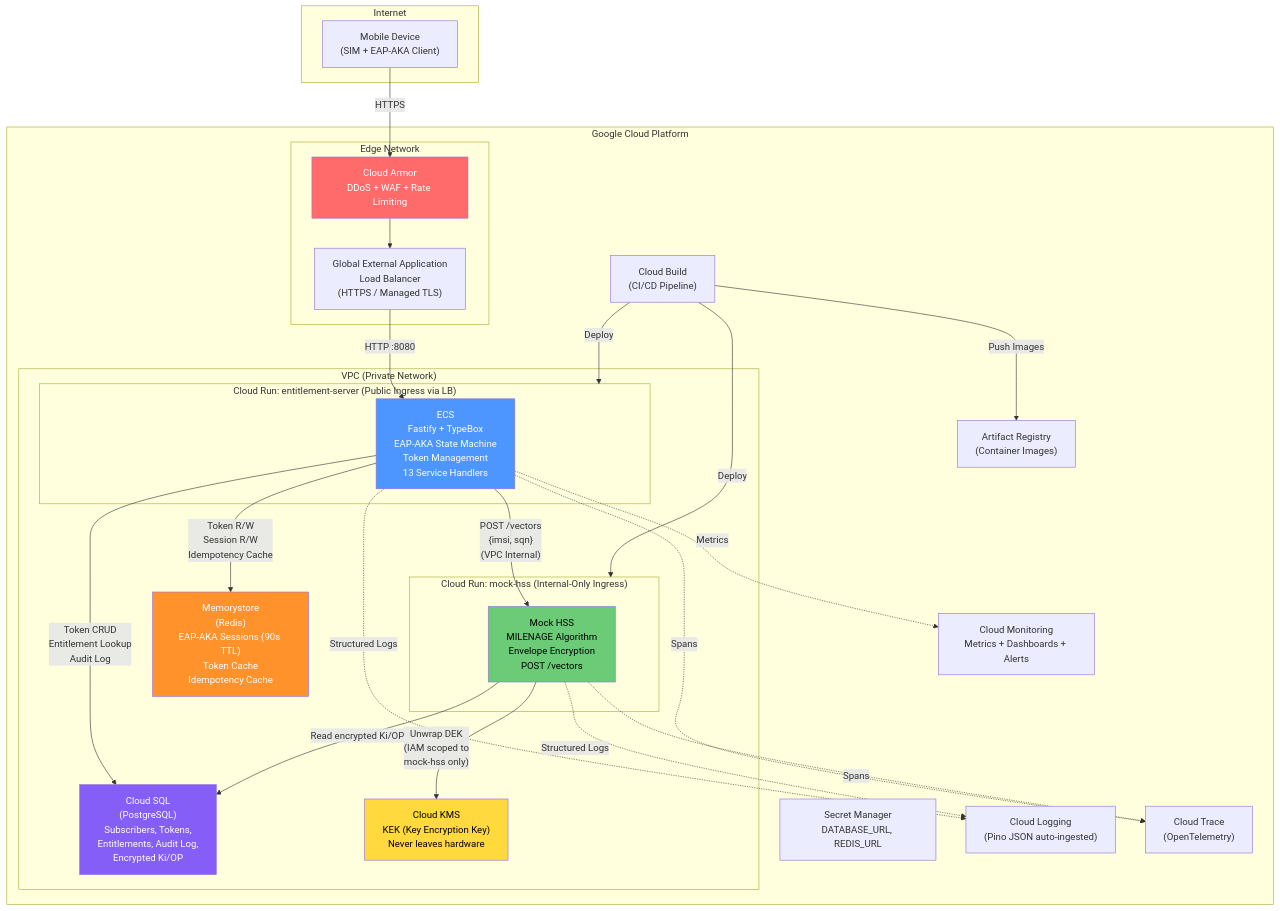
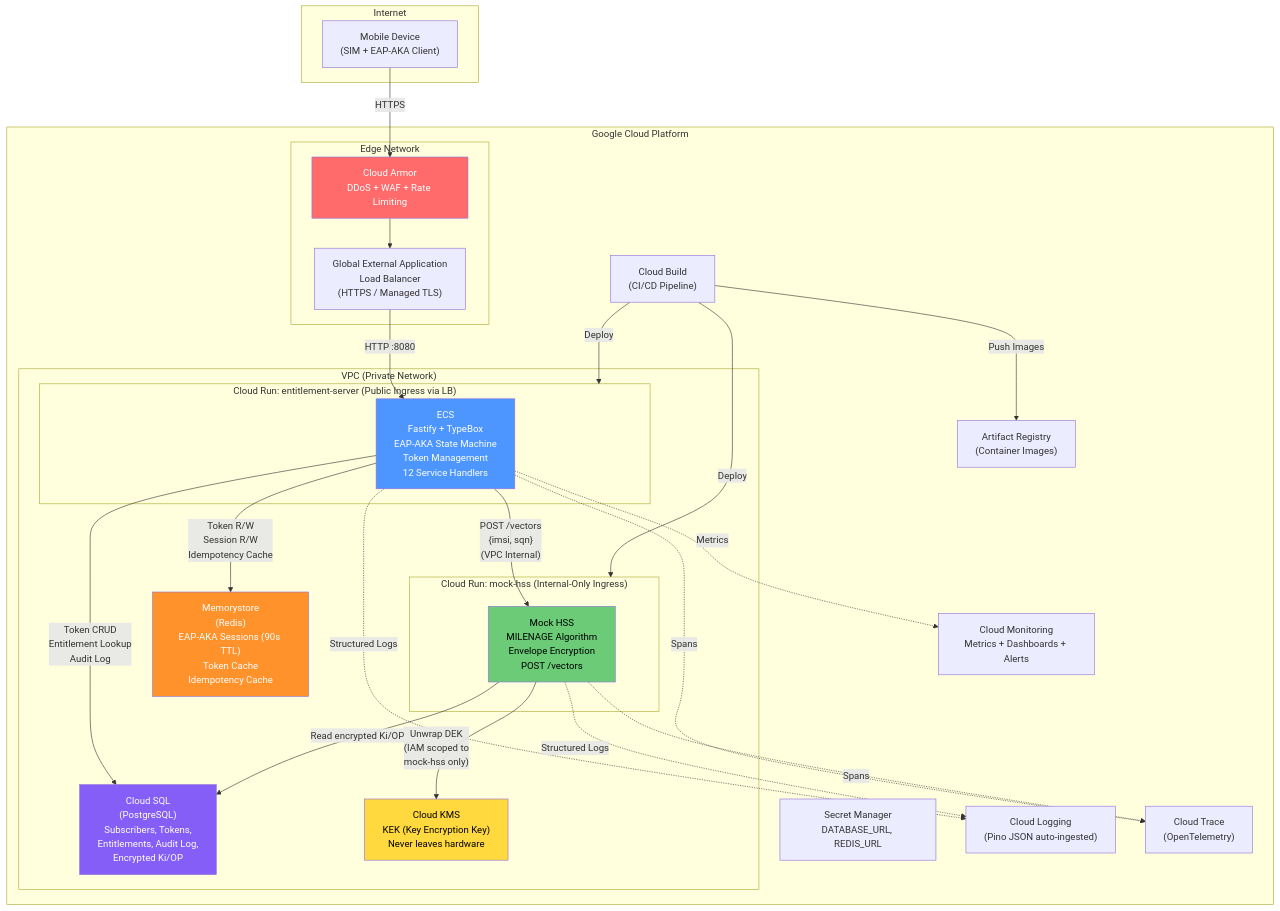
One commit to hkassaei/poc-entitlements-as-a-service-go changed the first of 5 diagrams in architecture.md. Above: the diagram before and after it, drawn with Mermaid. The commit also changed other lines of this file, not shown here.

First line of the commit message:
Update architecture.md to reflect Phase 7 implementation

````diff
--- a/architecture.md
+++ b/architecture.md
@@ -5,62 +5,62 @@
 ```mermaid
 graph TB
     subgraph Internet
         Device["Mobile Device<br/>(SIM + EAP-AKA Client)"]
     end
 
     subgraph GCP["Google Cloud Platform"]
         subgraph Edge["Edge Network"]
             Armor["Cloud Armor<br/>DDoS + WAF + Rate Limiting"]
             LB["Global External Application<br/>Load Balancer<br/>(HTTPS / Managed TLS)"]
         end
 
         subgraph VPC["VPC (Private Network)"]
             subgraph ECS_Service["Cloud Run: entitlement-server (Public Ingress via LB)"]
-                ECS["ECS<br/>Fastify + TypeBox<br/>EAP-AKA State Machine<br/>Token Management<br/>13 Service Handlers"]
+                ECS["ECS<br/>Fastify + TypeBox<br/>EAP-AKA State Machine<br/>Token Management<br/>12 Service Handlers"]
             end
 
             subgraph HSS_Service["Cloud Run: mock-hss (Internal-Only Ingress)"]
                 HSS["Mock HSS<br/>MILENAGE Algorithm<br/>Envelope Encryption<br/>POST /vectors"]
             end
 
             Redis["Memorystore<br/>(Redis)<br/>EAP-AKA Sessions (90s TTL)<br/>Token Cache<br/>Idempotency Cache"]
             CloudSQL["Cloud SQL<br/>(PostgreSQL)<br/>Subscribers, Tokens,<br/>Entitlements, Audit Log,<br/>Encrypted Ki/OP"]
             KMS["Cloud KMS<br/>KEK (Key Encryption Key)<br/>Never leaves hardware"]
         end
 
         SecretMgr["Secret Manager<br/>DATABASE_URL, REDIS_URL"]
         Logging["Cloud Logging<br/>(Pino JSON auto-ingested)"]
         Trace["Cloud Trace<br/>(OpenTelemetry)"]
         Monitoring["Cloud Monitoring<br/>Metrics + Dashboards + Alerts"]
         Artifact["Artifact Registry<br/>(Container Images)"]
         Build["Cloud Build<br/>(CI/CD Pipeline)"]
     end
 
     Device -->|HTTPS| Armor
     Armor --> LB
     LB -->|HTTP :8080| ECS
 
     ECS -->|"Token R/W<br/>Session R/W<br/>Idempotency Cache"| Redis
     ECS -->|"Token CRUD<br/>Entitlement Lookup<br/>Audit Log"| CloudSQL
     ECS -->|"POST /vectors<br/>{imsi, sqn}<br/>(VPC Internal)"| HSS
 
     HSS -->|"Read encrypted Ki/OP"| CloudSQL
     HSS -->|"Unwrap DEK<br/>(IAM scoped to<br/>mock-hss only)"| KMS
 
     ECS -.->|Structured Logs| Logging
     ECS -.->|Spans| Trace
     ECS -.->|Metrics| Monitoring
     HSS -.->|Structured Logs| Logging
     HSS -.->|Spans| Trace
 
     Build -->|"Deploy"| ECS_Service
     Build -->|"Deploy"| HSS_Service
     Build -->|"Push Images"| Artifact
 
     style Armor fill:#ff6b6b,color:#fff
     style KMS fill:#ffd93d,color:#000
     style HSS fill:#6bcb77,color:#000
     style ECS fill:#4d96ff,color:#fff
     style Redis fill:#ff922b,color:#fff
     style CloudSQL fill:#845ef7,color:#fff
 ```
````
